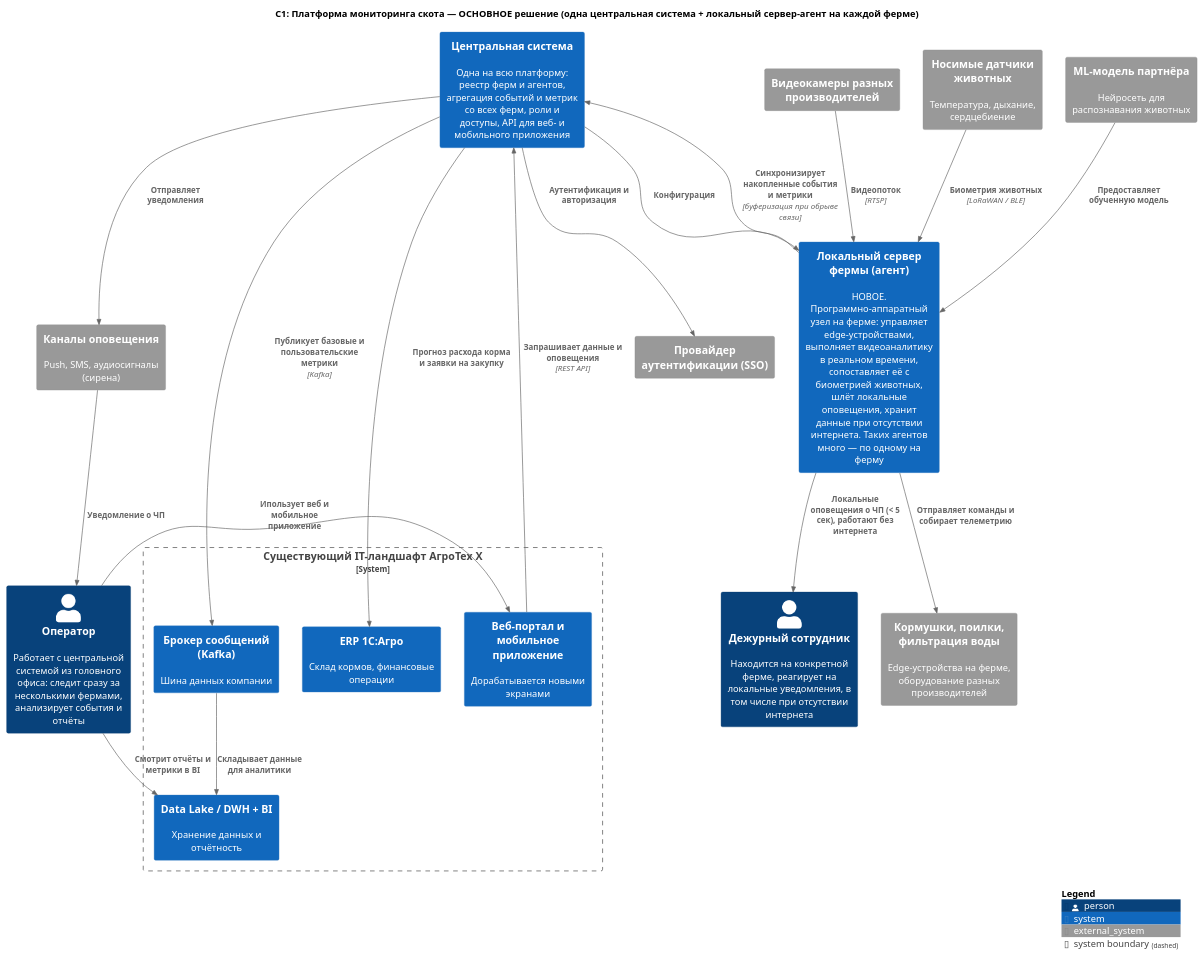
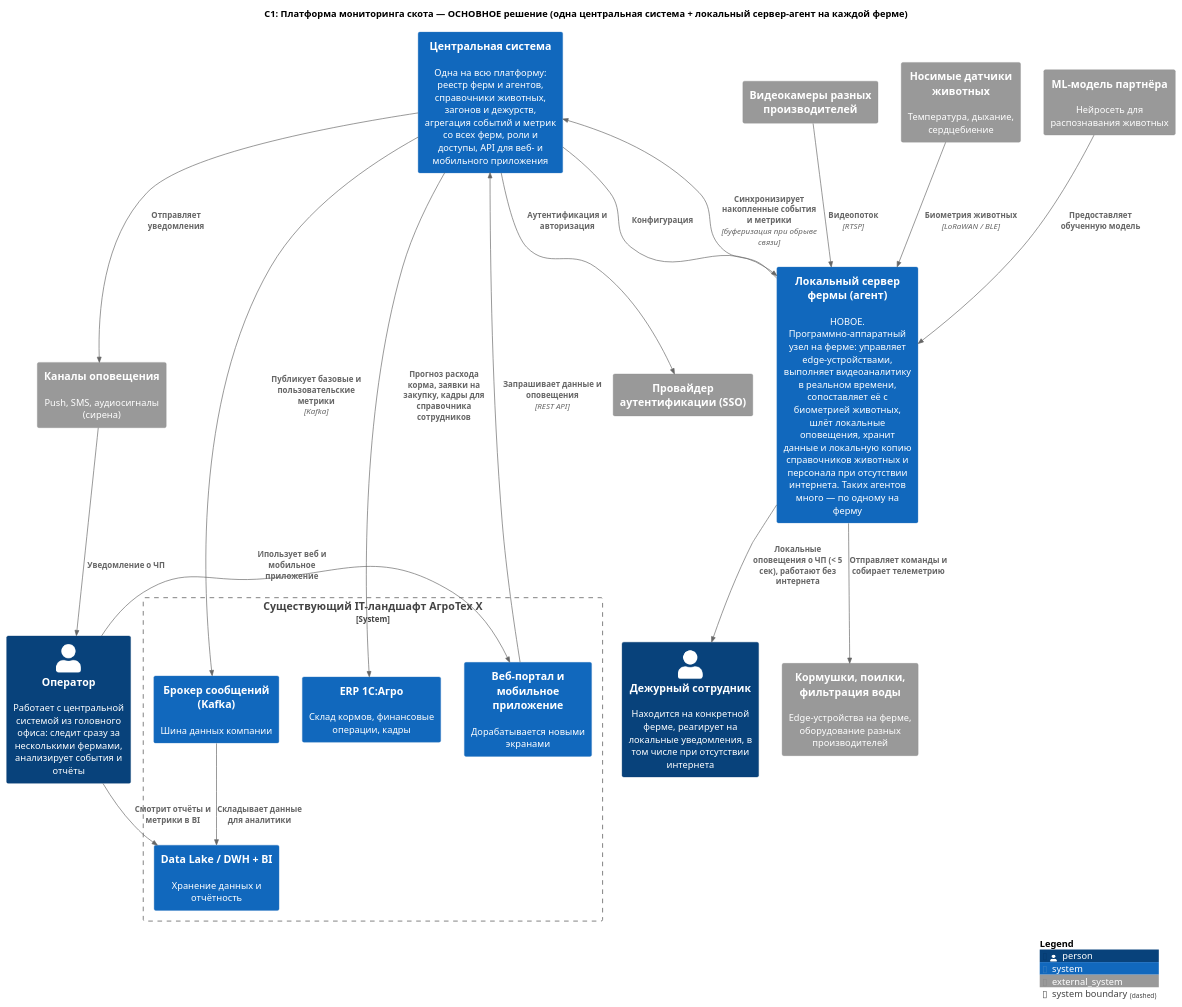
One commit to skorogod/MSA-AgroTech changed the diagram in Task1/c1-main.puml. Above: the diagram before and after it, drawn with PlantUML. The commit also changed 19 other files, not shown here.

```diff
--- a/Task1/c1-main.puml
+++ b/Task1/c1-main.puml
@@ -1,55 +1,55 @@
 @startuml C1_Мониторинг_Скота_Основное_Решение
 
 !include ../templates/C4_Context.puml
 
 title C1: Платформа мониторинга скота — ОСНОВНОЕ решение (одна центральная система + локальный сервер-агент на каждой ферме)
 
 ' === Пользователи ===
 Person(оператор, "Оператор", "Работает с центральной системой из головного офиса: следит сразу за несколькими фермами, анализирует события и отчёты")
 Person(дежурный, "Дежурный сотрудник", "Находится на конкретной ферме, реагирует на локальные уведомления, в том числе при отсутствии интернета")
 
 ' === Разрабатываемые системы ===
-System(агент, "Локальный сервер фермы (агент)", "НОВОЕ. Программно-аппаратный узел на ферме: управляет edge-устройствами, выполняет видеоаналитику в реальном времени, сопоставляет её с биометрией животных, шлёт локальные оповещения, хранит данные при отсутствии интернета. Таких агентов много — по одному на ферму")
+System(агент, "Локальный сервер фермы (агент)", "НОВОЕ. Программно-аппаратный узел на ферме: управляет edge-устройствами, выполняет видеоаналитику в реальном времени, сопоставляет её с биометрией животных, шлёт локальные оповещения, хранит данные и локальную копию справочников животных и персонала при отсутствии интернета. Таких агентов много — по одному на ферму")
 
-System(центр, "Центральная система", "Одна на всю платформу: реестр ферм и агентов, агрегация событий и метрик со всех ферм, роли и доступы, API для веб- и мобильного приложения")
+System(центр, "Центральная система", "Одна на всю платформу: реестр ферм и агентов, справочники животных, загонов и дежурств, агрегация событий и метрик со всех ферм, роли и доступы, API для веб- и мобильного приложения")
 
 ' === Существующий ландшафт АгроТех Х ===
 System_Boundary(ландшафт, "Существующий IT-ландшафт АгроТех Х") {
     System(kafka, "Брокер сообщений (Kafka)", "Шина данных компании")
     System(dwh, "Data Lake / DWH + BI", "Хранение данных и отчётность")
-    System(erp, "ERP 1С:Агро", "Склад кормов, финансовые операции")
+    System(erp, "ERP 1С:Агро", "Склад кормов, финансовые операции, кадры")
     System(портал, "Веб-портал и мобильное приложение", "Дорабатывается новыми экранами")
 }
 
 ' === Внешние системы ===
 System_Ext(камеры, "Видеокамеры разных производителей")
 System_Ext(датчики, "Носимые датчики животных", "Температура, дыхание, сердцебиение")
 System_Ext(оборудование, "Кормушки, поилки, фильтрация воды", "Edge-устройства на ферме, оборудование разных производителей")
 System_Ext(модель, "ML-модель партнёра", "Нейросеть для распознавания животных")
 System_Ext(auth, "Провайдер аутентификации (SSO)")
 System_Ext(нотификации, "Каналы оповещения", "Push, SMS, аудиосигналы (сирена)")
 
 ' === Связи на ферме (одна ферма = один агент) ===
 Rel(камеры, агент, "Видеопоток", "RTSP")
 Rel(датчики, агент, "Биометрия животных", "LoRaWAN / BLE")
 Rel(агент, оборудование, "Отправляет команды и собирает телеметрию")
 Rel(модель, агент, "Предоставляет обученную модель")
 Rel(агент, дежурный, "Локальные оповещения о ЧП (< 5 сек), работают без интернета")
 
 ' === Ферма <-> центральная система ===
 Rel(агент, центр, "Синхронизирует накопленные события и метрики", "буферизация при обрыве связи")
 Rel(центр, агент, "Конфигурация")
 
 ' === Центральная система <-> ландшафт компании ===
 Rel(портал, центр, "Запрашивает данные и оповещения", "REST API")
 Rel(оператор, портал, "Ипользует веб и мобильное приложение")
 Rel(оператор, dwh, "Смотрит отчёты и метрики в BI")
 Rel(центр, нотификации, "Отправляет уведомления")
 Rel(нотификации, оператор, "Уведомление о ЧП")
 Rel(центр, auth, "Аутентификация и авторизация")
 Rel(центр, kafka, "Публикует базовые и пользовательские метрики", "Kafka")
 Rel(kafka, dwh, "Складывает данные для аналитики")
-Rel(центр, erp, "Прогноз расхода корма и заявки на закупку")
+Rel(центр, erp, "Прогноз расхода корма, заявки на закупку, кадры для справочника сотрудников")
 
 SHOW_LEGEND()
 @enduml
```
